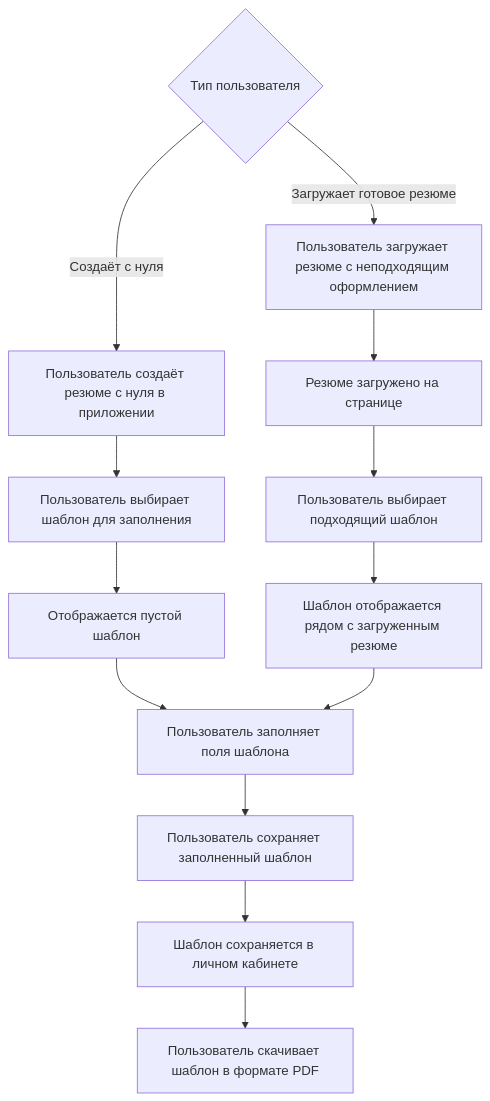
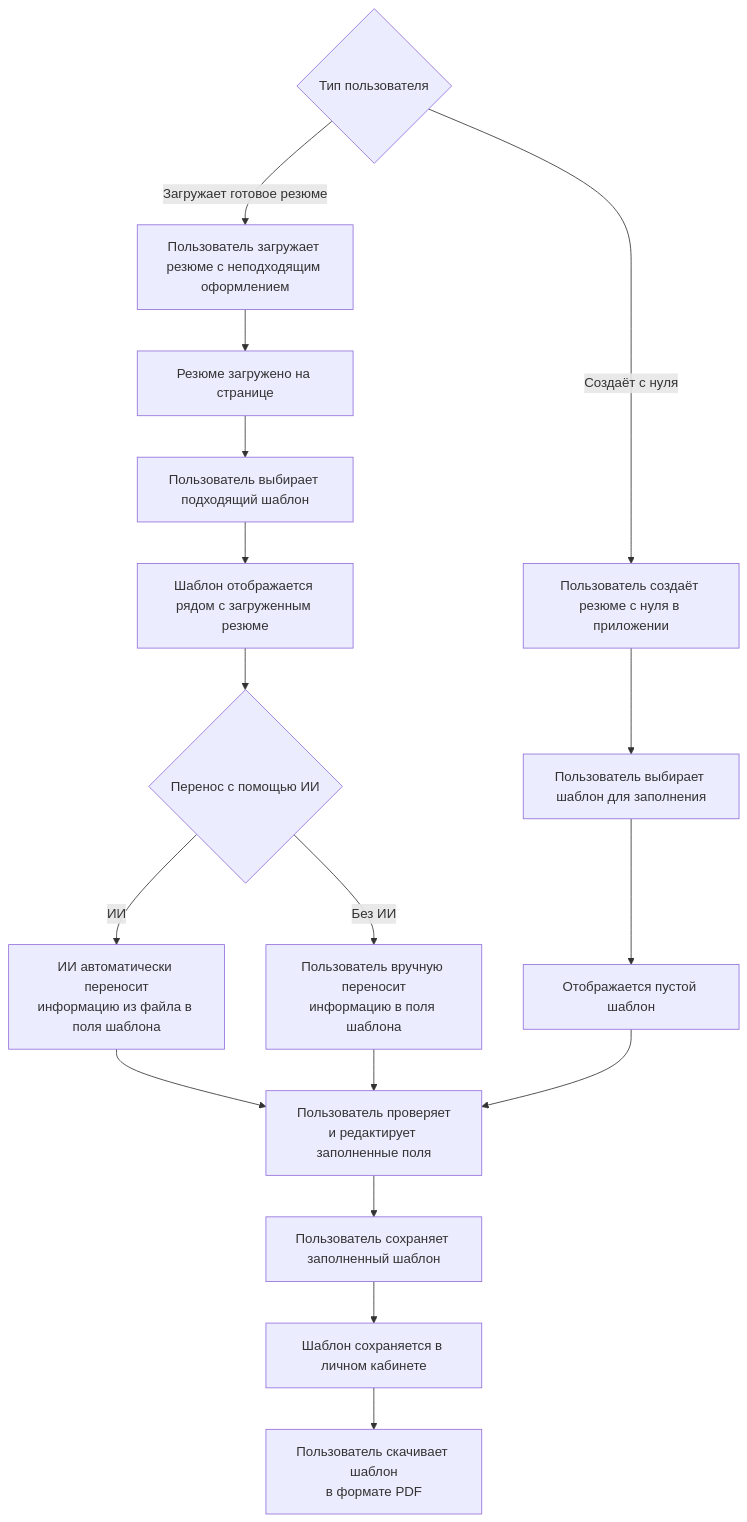
The diagram in spec.md (vokrob/ConResEd), drawn with Mermaid before and after one commit. The commit also changed other lines of this file, not shown here.

````diff
--- a/spec.md
+++ b/spec.md
@@ -24,19 +33,25 @@
 ```mermaid
 flowchart TD
-    Start{Тип пользователя} -->|Загружает готовое резюме| A[Пользователь загружает резюме с неподходящим оформлением]
-    Start -->|Создаёт с нуля| AltA[Пользователь создаёт резюме с нуля в приложении]
-    
-    A --> B[Резюме загружено на странице]
-    B --> C[Пользователь выбирает подходящий шаблон]
+    Start{Тип пользователя} -->|Создаёт с нуля| AltA[Пользователь создаёт резюме с нуля в приложении]
+    Start -->|Загружает готовое резюме| A[Пользователь загружает резюме с неподходящим оформлением]
     
     AltA --> AltB[Пользователь выбирает шаблон для заполнения]
     AltB --> AltC[Отображается пустой шаблон]
     
+    A --> B[Резюме загружено на странице]
+    B --> C[Пользователь выбирает подходящий шаблон]
     C --> D[Шаблон отображается рядом с загруженным резюме]
+    D --> AI{Перенос с помощью ИИ}
+    
+    AI -->|ИИ| AI_Process[ИИ автоматически переносит<br>информацию из файла в поля шаблона]
+    AI -->|Без ИИ| Manual[Пользователь вручную переносит<br>информацию в поля шаблона]
+    
+    AI_Process --> E[Пользователь проверяет<br>и редактирует заполненные поля]
+    Manual --> E
+    
     AltC --> E
     
-    D --> E[Пользователь заполняет поля шаблона]
     E --> F[Пользователь сохраняет заполненный шаблон]
     F --> G[Шаблон сохраняется в личном кабинете]
-    G --> H[Пользователь скачивает шаблон в формате PDF]
+    G --> H[Пользователь скачивает шаблон<br>в формате PDF]
 ```
````
